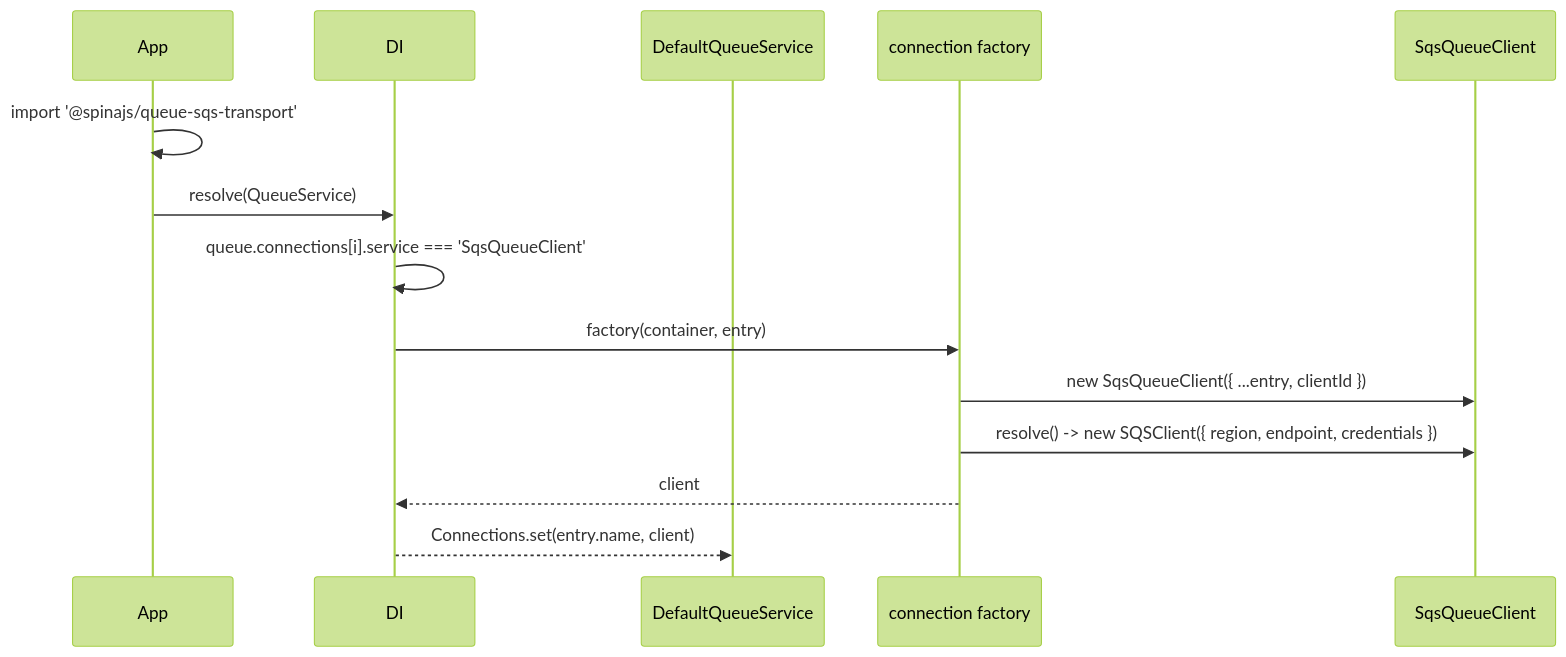
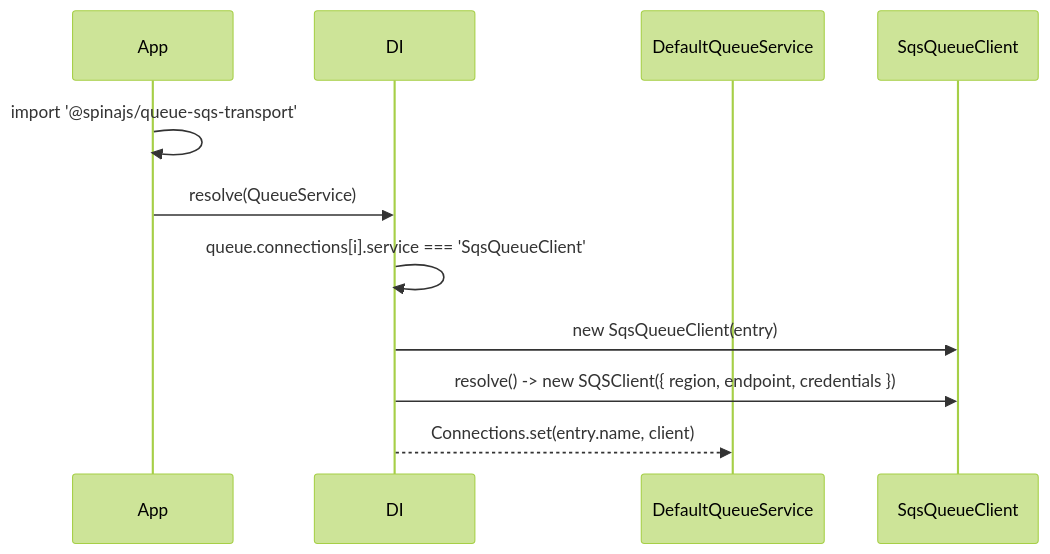
Before and after one commit to spinajs/main: the diagram in docs/queue-sqs-transport/01-sqs-connection.md, drawn with Mermaid (forest theme). The commit also changed other lines of this file and 9 other files, not shown here.

First line of the commit message:
fix(queue-sqs-transport): cache clients per name, share a queue URL between message types, wait for handlers on dispose

````diff
--- a/docs/queue-sqs-transport/01-sqs-connection.md
+++ b/docs/queue-sqs-transport/01-sqs-connection.md
@@ -23,16 +18,13 @@
 ```mermaid
 sequenceDiagram
   participant App
   participant DI
   participant QS as DefaultQueueService
-  participant F as connection factory
   participant C as SqsQueueClient
   App->>App: import '@spinajs/queue-sqs-transport'
   App->>DI: resolve(QueueService)
   DI->>DI: queue.connections[i].service === 'SqsQueueClient'
-  DI->>F: factory(container, entry)
-  F->>C: new SqsQueueClient({ ...entry, clientId })
-  F->>C: resolve() -> new SQSClient({ region, endpoint, credentials })
-  F-->>DI: client
+  DI->>C: new SqsQueueClient(entry)
+  DI->>C: resolve() -> new SQSClient({ region, endpoint, credentials })
   DI-->>QS: Connections.set(entry.name, client)
 ```
````
